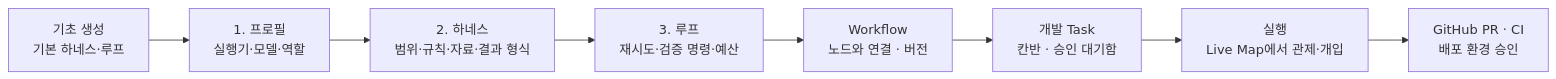
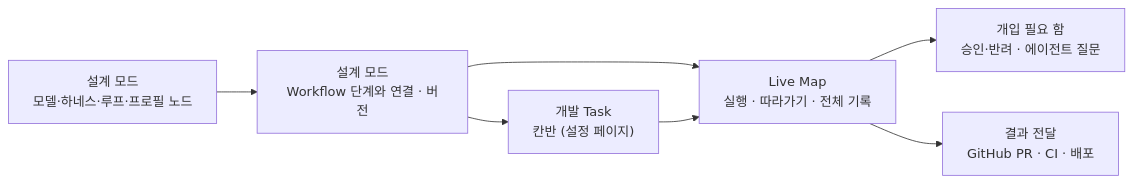
Before and after one commit to thdrmsqhd/omp-live-map: the first of 3 diagrams in docs/guide/engineering.md, drawn with Mermaid. The commit also changed other lines of this file and 48 other files, not shown here.

First line of the commit message:
feat(live-map): 설계와 실행을 한 관제 화면에서 다루고 수동 중단점과 독립 평가를 붙인다

````diff
--- a/docs/guide/engineering.md
+++ b/docs/guide/engineering.md
@@ -9,10 +11,9 @@
 ```mermaid
 flowchart LR
-  A["기초 생성<br/>기본 하네스·루프"] --> B["1. 프로필<br/>실행기·모델·역할"]
-  B --> C["2. 하네스<br/>범위·규칙·자료·결과 형식"]
-  C --> D["3. 루프<br/>재시도·검증 명령·예산"]
-  D --> E["Workflow<br/>노드와 연결 · 버전"]
-  E --> F["개발 Task<br/>칸반 · 승인 대기함"]
-  F --> G["실행<br/>Live Map에서 관제·개입"]
-  G --> H["GitHub PR · CI<br/>배포 환경 승인"]
+  A["설계 모드<br/>모델·하네스·루프·프로필 노드"] --> E["설계 모드<br/>Workflow 단계와 연결 · 버전"]
+  E --> F["개발 Task<br/>칸반 (설정 페이지)"]
+  E --> G["Live Map<br/>실행 · 따라가기 · 전체 기록"]
+  F --> G
+  G --> I["개입 필요 함<br/>승인·반려 · 에이전트 질문"]
+  G --> H["결과 전달<br/>GitHub PR · CI · 배포"]
 ```
````
